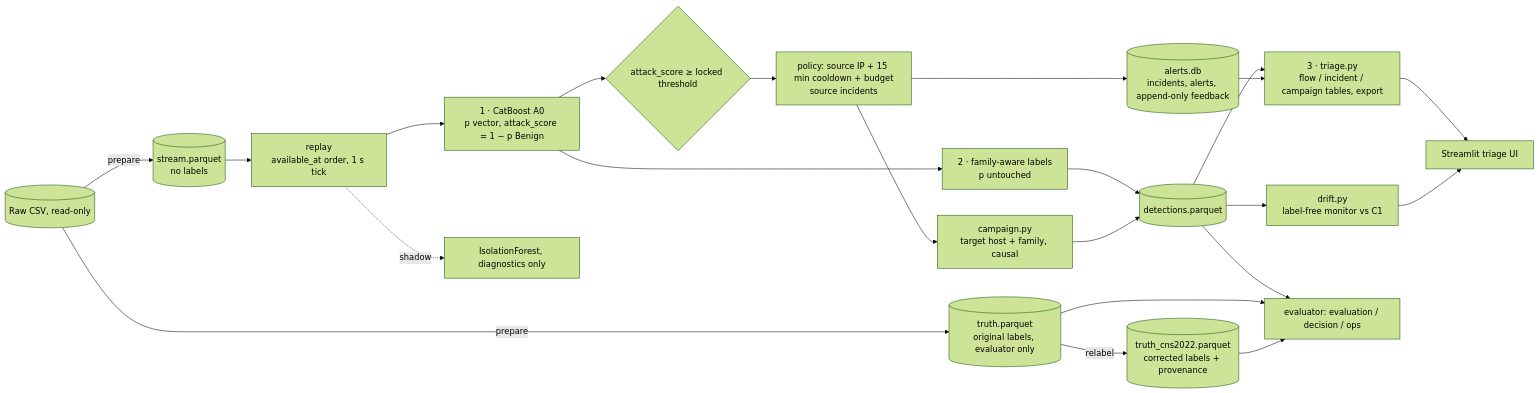
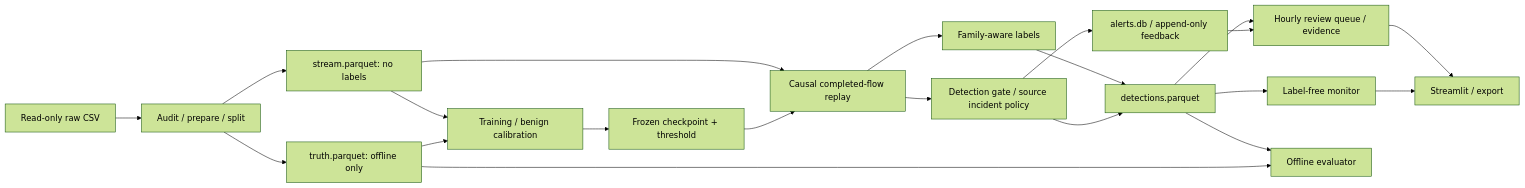
Before and after one commit to Akapi895/Netirava: the diagram in docs/architecture.md, drawn with Mermaid (forest theme). The commit also changed other lines of this file and 69 other files, not shown here.

````diff
--- a/docs/architecture.md
+++ b/docs/architecture.md
@@ -6,24 +7,23 @@
 ```mermaid
 flowchart LR
-  CSV[(Raw CSV, read-only)] -->|prepare| S[(stream.parquet<br/>no labels)]
-  CSV -->|prepare| T[(truth.parquet<br/>original labels, evaluator only)]
-  T -->|relabel| TC[(truth_cns2022.parquet<br/>corrected labels + provenance)]
-  S --> R[replay<br/>available_at order, 1 s tick]
-  R --> A0[1 · CatBoost A0<br/>p vector, attack_score = 1 − p Benign]
-  A0 --> B{attack_score ≥ locked threshold}
-  A0 --> FA[2 · family-aware labels<br/>p untouched]
-  B --> P[policy: source IP + 15 min cooldown + budget<br/>source incidents]
-  P --> CO[campaign.py<br/>target host + family, causal]
-  FA --> D[(detections.parquet)]
-  P --> DB[(alerts.db<br/>incidents, alerts, append-only feedback)]
-  CO --> D
-  D --> TR[3 · triage.py<br/>flow / incident / campaign tables, export]
-  DB --> TR
-  TR --> UI[Streamlit triage UI]
-  D --> DM[drift.py<br/>label-free monitor vs C1]
-  DM --> UI
-  R -.->|shadow| AN[IsolationForest, diagnostics only]
-  D --> EV[evaluator: evaluation / decision / ops]
-  T --> EV
-  TC --> EV
+  RAW[Read-only raw CSV] --> PREP[Audit / prepare / split]
+  PREP --> STREAM[stream.parquet: no labels]
+  PREP --> TRUTH[truth.parquet: offline only]
+  STREAM --> FIT[Training / benign calibration]
+  TRUTH --> FIT
+  FIT --> MODEL[Frozen checkpoint + threshold]
+  STREAM --> REPLAY[Causal completed-flow replay]
+  MODEL --> REPLAY
+  REPLAY --> LABEL[Family-aware labels]
+  REPLAY --> POLICY[Detection gate / source incident policy]
+  LABEL --> DET[detections.parquet]
+  POLICY --> DET
+  POLICY --> DB[alerts.db / append-only feedback]
+  DET --> QUEUE[Hourly review queue / evidence]
+  DB --> QUEUE
+  QUEUE --> UI[Streamlit / export]
+  DET --> MON[Label-free monitor]
+  MON --> UI
+  DET --> EVAL[Offline evaluator]
+  TRUTH --> EVAL
 ```
````
